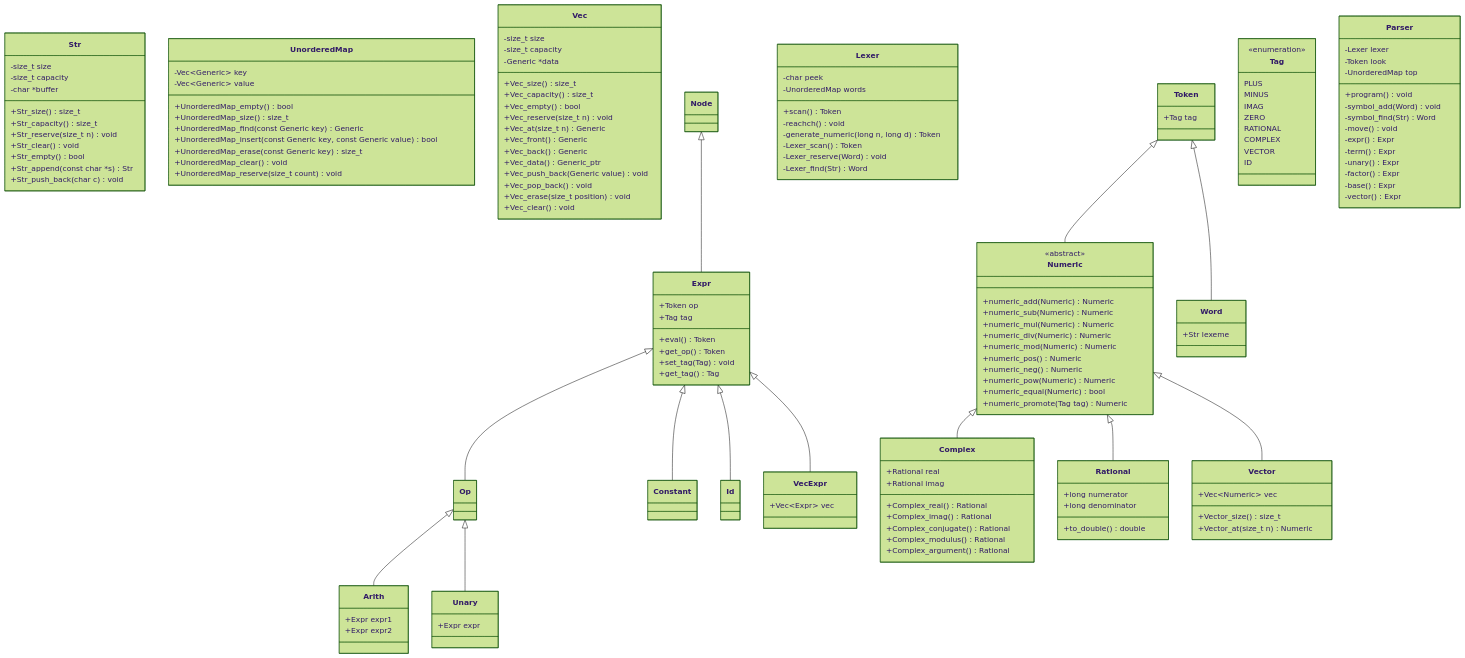
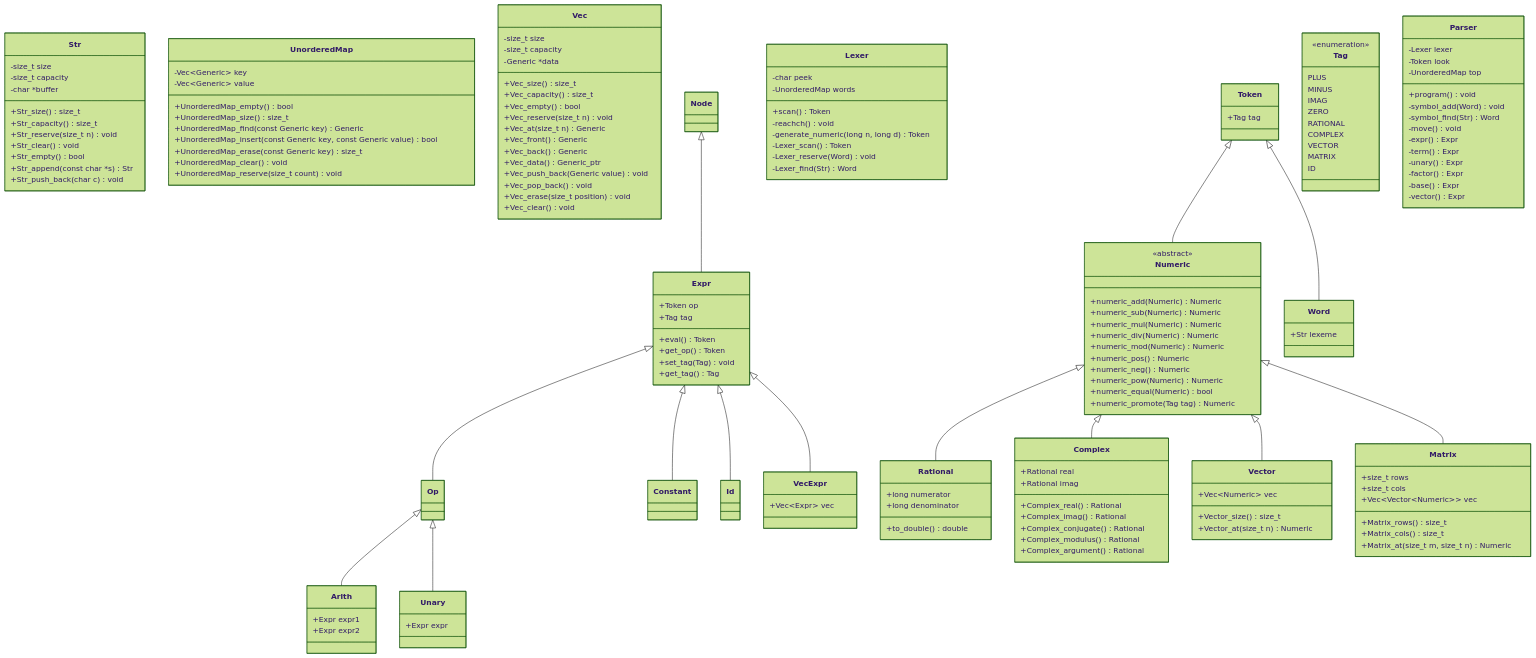
The diagram in diagram.md (nwhean/42_computorv), drawn with Mermaid (forest theme) before and after one commit. The commit also changed 5 other files, not shown here.

```diff
--- a/diagram.md
+++ b/diagram.md
@@ -85,6 +85,14 @@
 
 	%% lexer
 
+	Numeric <|-- Rational
+
+	class Rational {
+		+long numerator
+		+long denominator
+		+to_double() double
+	}
+
 	Numeric <|-- Complex
 
 	class Complex {
@@ -125,14 +133,6 @@
 		+numeric_promote(Tag tag) Numeric
 	}
 
-	Numeric <|-- Rational
-
-	class Rational {
-		+long numerator
-		+long denominator
-		+to_double() double
-	}
-
 	class Tag {
 		<<enumeration>>
 		PLUS
@@ -142,6 +142,7 @@
 		RATIONAL
 		COMPLEX
 		VECTOR
+		MATRIX
 		ID
 	}
 
@@ -163,6 +164,17 @@
 		+Vector_at(size_t n) Numeric
 	}
 
+	Numeric <|-- Matrix
+
+	class Matrix {
+		+size_t rows
+		+size_t cols
+		+Vec~Vector~Numeric~~ vec
+		+Matrix_rows() size_t
+		+Matrix_cols() size_t
+		+Matrix_at(size_t m, size_t n) Numeric
+	}
+
 
 	%% parser
 
```
